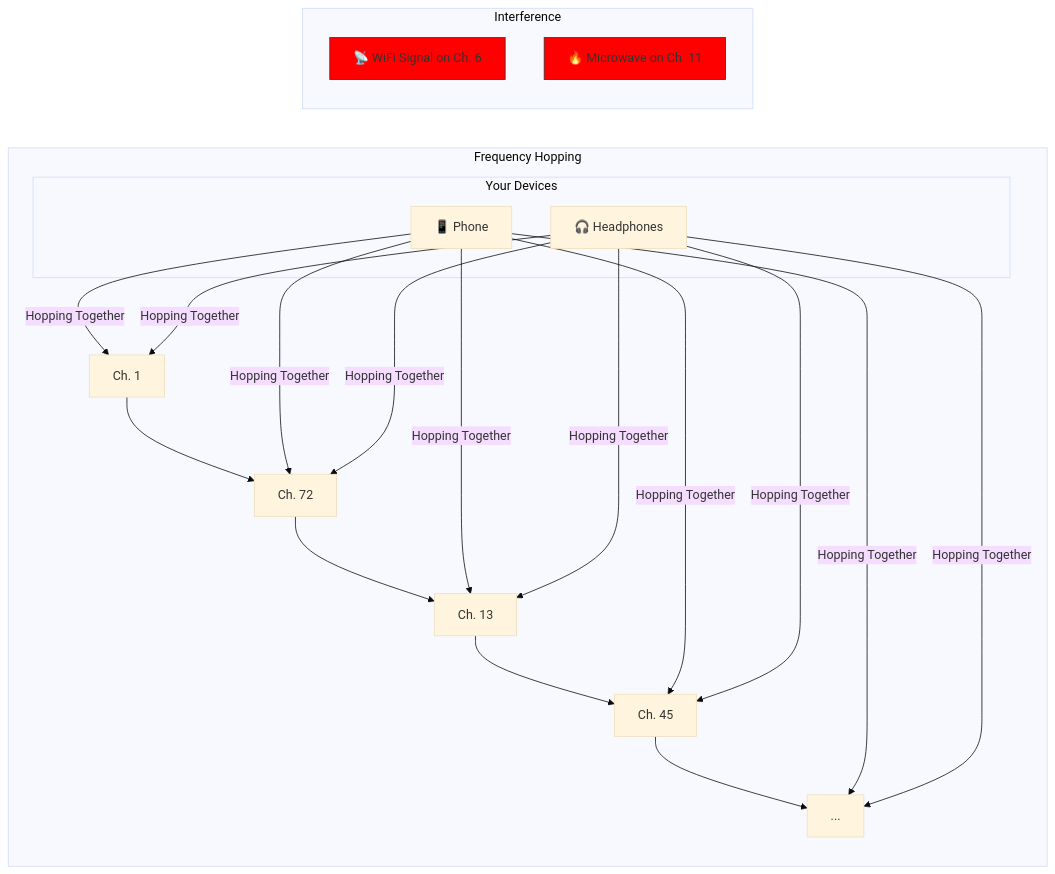
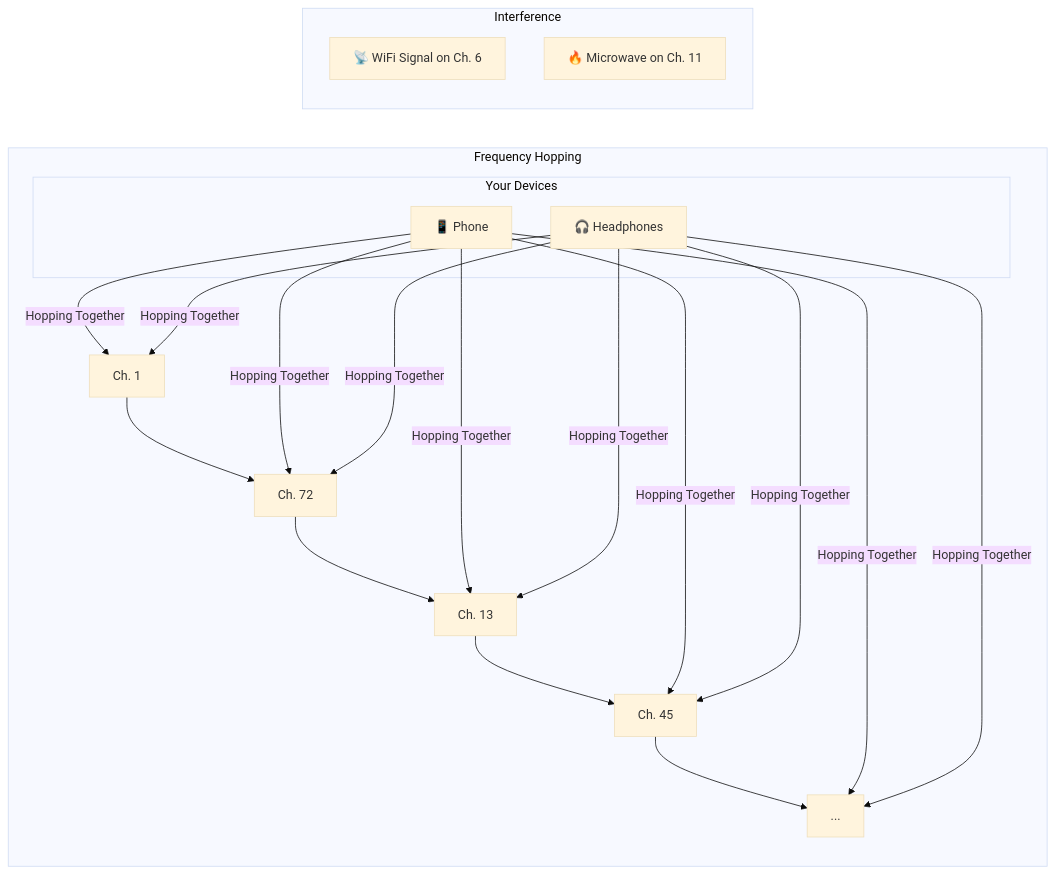
Before and after one commit to isaaclins/isaaclins.github.io: the second of 3 diagrams in content/how/how-bluetooth-works.md, drawn with Mermaid (base theme). The commit also changed 2 other files, not shown here.

Commit message:
style: Remove unused styles from diagrams in blog posts

````diff
--- a/content/how/how-bluetooth-works.md
+++ b/content/how/how-bluetooth-works.md
@@ -57,22 +57,19 @@
 ```mermaid
 graph LR
     subgraph "Frequency Hopping"
         F1[Ch. 1] --> F2[Ch. 72] --> F3[Ch. 13] --> F4[Ch. 45] --> F5[...]
 
         subgraph "Your Devices"
             Phone[📱 Phone]
             Headphones[🎧 Headphones]
         end
 
         Phone -- "Hopping Together" --> F1 & F2 & F3 & F4 & F5
         Headphones -- "Hopping Together" --> F1 & F2 & F3 & F4 & F5
     end
 
     subgraph "Interference"
         WiFi[📡 WiFi Signal on Ch. 6]
         Microwave[🔥 Microwave on Ch. 11]
     end
-
-    style WiFi fill:#ff0000,stroke:#333
-    style Microwave fill:#ff0000,stroke:#333
 ```
````
